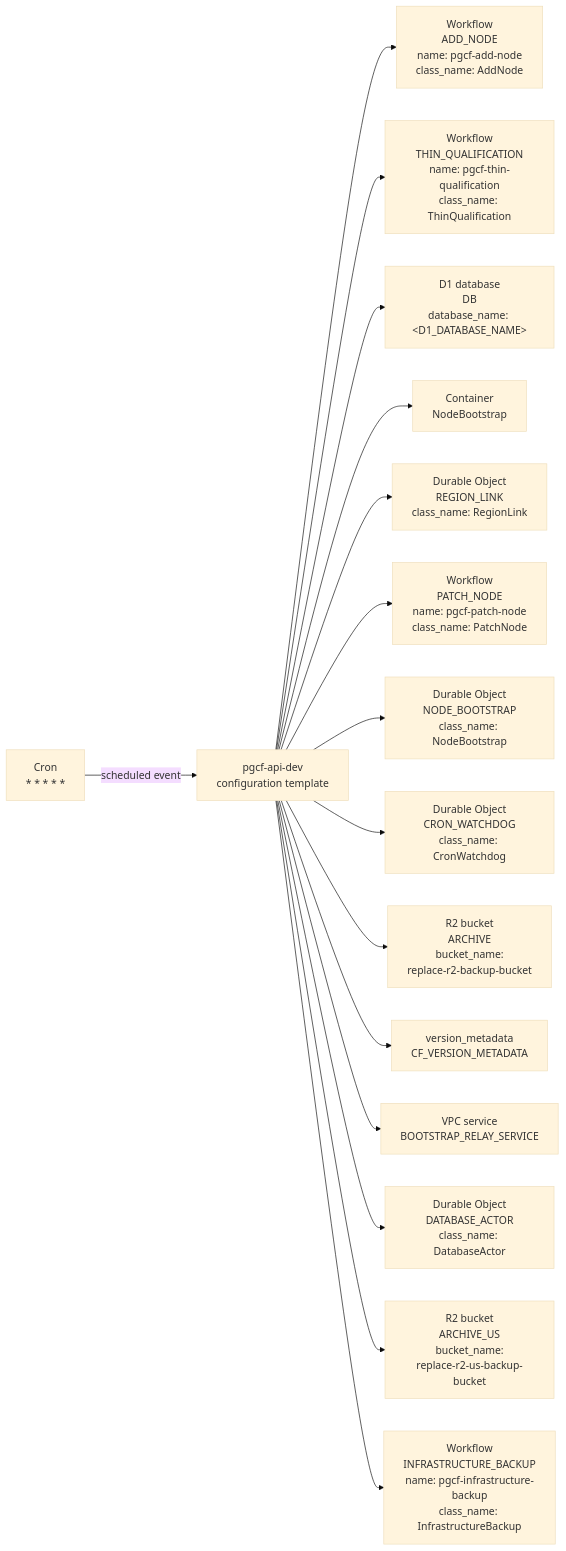
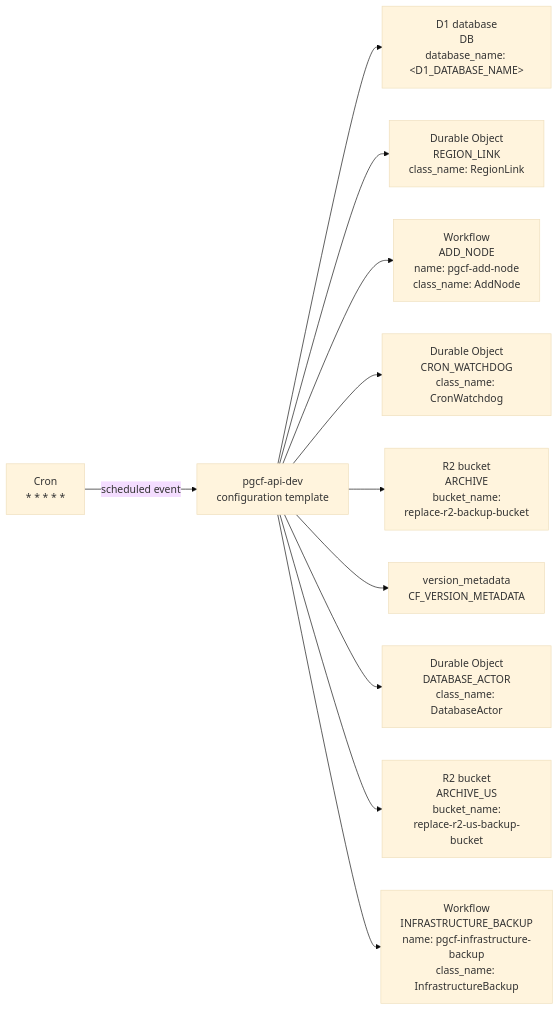
The diagram in docs/architecture/mermaider/api-resources.mmd (amerged-org/cloudflare-postgres), drawn with Mermaid (base theme) before and after one commit. The commit also changed 237 other files, not shown here.

```diff
--- a/docs/architecture/mermaider/api-resources.mmd
+++ b/docs/architecture/mermaider/api-resources.mmd
@@ -1,32 +1,22 @@
 flowchart LR
-    n_1d7911e4e1b9["Durable Object<br/>CRON_WATCHDOG<br/>class_name: CronWatchdog"]
     n_839713e89618["Cron<br/>* * * * *"]
     n_f305dbc12c79["D1 database<br/>DB<br/>database_name: #60;D1_DATABASE_NAME#62;"]
-    n_aa93ed8be291["Workflow<br/>THIN_QUALIFICATION<br/>name: pgcf-thin-qualification<br/>class_name: ThinQualification"]
-    n_049ba2d64372["Workflow<br/>PATCH_NODE<br/>name: pgcf-patch-node<br/>class_name: PatchNode"]
+    n_049ba2d64372["Workflow<br/>ADD_NODE<br/>name: pgcf-add-node<br/>class_name: AddNode"]
     n_36ffcdc5f79f["Workflow<br/>INFRASTRUCTURE_BACKUP<br/>name: pgcf-infrastructure-backup<br/>class_name: InfrastructureBackup"]
     n_85c654928d8c["version_metadata<br/>CF_VERSION_METADATA"]
-    n_0775d02dbb64["Workflow<br/>ADD_NODE<br/>name: pgcf-add-node<br/>class_name: AddNode"]
     n_71083a5197e9["R2 bucket<br/>ARCHIVE<br/>bucket_name:<br/>replace-r2-backup-bucket"]
     n_12eaf448c6b2["R2 bucket<br/>ARCHIVE_US<br/>bucket_name:<br/>replace-r2-us-backup-bucket"]
     n_056b63fe76be["Durable Object<br/>DATABASE_ACTOR<br/>class_name: DatabaseActor"]
-    n_926733166afd["VPC service<br/>BOOTSTRAP_RELAY_SERVICE"]
-    n_c09d9079b0a9["Container<br/>NodeBootstrap"]
-    n_d0efe52f1f47["Durable Object<br/>NODE_BOOTSTRAP<br/>class_name: NodeBootstrap"]
+    n_d0efe52f1f47["Durable Object<br/>CRON_WATCHDOG<br/>class_name: CronWatchdog"]
     n_7a30182df25a["pgcf-api-dev<br/>configuration template"]
     n_260ca5b8b289["Durable Object<br/>REGION_LINK<br/>class_name: RegionLink"]
-    n_7a30182df25a --> n_0775d02dbb64
-    n_7a30182df25a --> n_aa93ed8be291
     n_7a30182df25a --> n_f305dbc12c79
-    n_7a30182df25a --> n_c09d9079b0a9
     n_7a30182df25a --> n_260ca5b8b289
     n_839713e89618 -->|"scheduled event"| n_7a30182df25a
     n_7a30182df25a --> n_049ba2d64372
     n_7a30182df25a --> n_d0efe52f1f47
-    n_7a30182df25a --> n_1d7911e4e1b9
     n_7a30182df25a --> n_71083a5197e9
     n_7a30182df25a --> n_85c654928d8c
-    n_7a30182df25a --> n_926733166afd
     n_7a30182df25a --> n_056b63fe76be
     n_7a30182df25a --> n_12eaf448c6b2
     n_7a30182df25a --> n_36ffcdc5f79f
```
